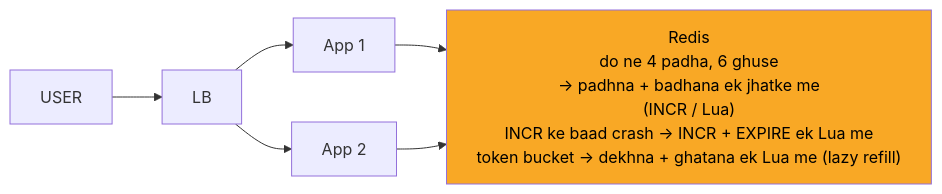
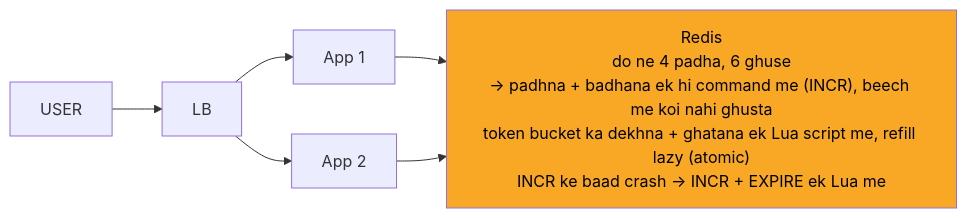
One commit to ArpanMaheshwari144/Prep changed the third of 11 diagrams in 04_HLD/SYSTEM_DESIGNS/02_rate_limiter/02_rate_limiter.md. Above: the diagram before and after it, drawn with Mermaid. The commit also changed other lines of this file and 13 other files, not shown here.

````diff
--- a/04_HLD/SYSTEM_DESIGNS/02_rate_limiter/02_rate_limiter.md
+++ b/04_HLD/SYSTEM_DESIGNS/02_rate_limiter/02_rate_limiter.md
@@ -149,15 +153,15 @@
 ```mermaid
 %%{init: {"flowchart": {"wrappingWidth": 450}}}%%
 flowchart LR
     n_USER["USER"]
     n_LB["LB"]
     n_App_x_N_1["App 1"]
     n_App_x_N_2["App 2"]
-    n_Redis["Redis<br/>do ne 4 padha, 6 ghuse<br/>-> padhna + badhana ek jhatke me<br/>(INCR / Lua)<br/>INCR ke baad crash -> INCR + EXPIRE ek Lua me<br/>token bucket -> dekhna + ghatana ek Lua me (lazy refill)"]
+    n_Redis["Redis<br/>do ne 4 padha, 6 ghuse<br/>-> padhna + badhana ek hi command me (INCR), beech me koi nahi ghusta<br/>token bucket ka dekhna + ghatana ek Lua script me, refill lazy (atomic)<br/>INCR ke baad crash -> INCR + EXPIRE ek Lua me"]
     n_USER --> n_LB
     n_LB --> n_App_x_N_1
     n_LB --> n_App_x_N_2
     n_App_x_N_1 --> n_Redis
     n_App_x_N_2 --> n_Redis
     style n_Redis fill:#f9a825,color:#000
 ```
````
